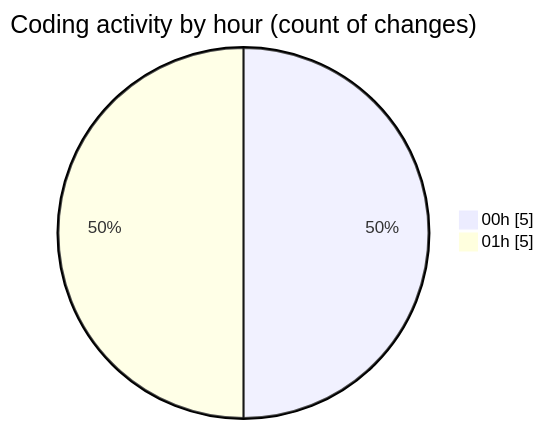
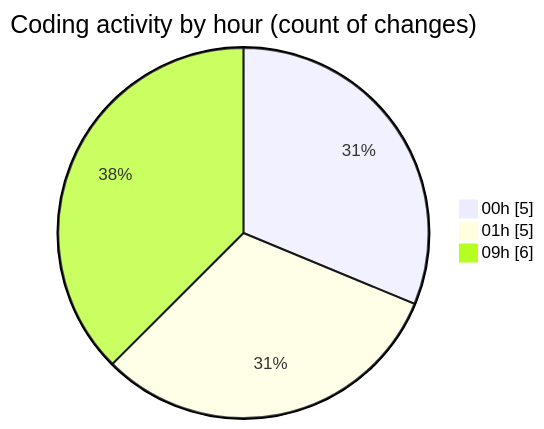
The second of 2 diagrams in 2025-07-12/ribbon/README.md (EIIisD/code-tracking), drawn with Mermaid before and after one commit. The commit also changed other lines of this file and 1 other file, not shown here.

````diff
--- a/2025-07-12/ribbon/README.md
+++ b/2025-07-12/ribbon/README.md
@@ -30,6 +35,7 @@
 ```mermaid
 pie showData
 title Coding activity by hour (count of changes)
 "00h" : 5
 "01h" : 5
+"09h" : 6
 ```
````
